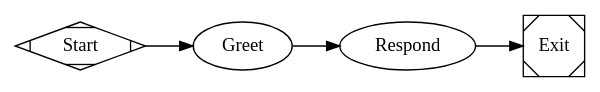
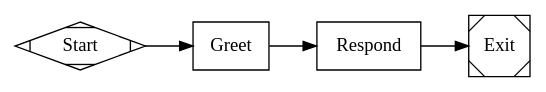
Before and after one commit to mhingston/factorial: the diagram in examples/simple.dot, drawn with Graphviz. The commit also changed 5 other files, not shown here.

```diff
--- a/examples/simple.dot
+++ b/examples/simple.dot
@@ -1,12 +1,14 @@
 digraph SimpleWorkflow {
     graph [goal="Run a simple greeting workflow"]
     rankdir=LR
+
+    node [shape=box, auto_status="true"]
 
     start [shape=Mdiamond, label="Start"]
     exit  [shape=Msquare, label="Exit"]
 
     greet [label="Greet", prompt="Generate a friendly greeting message"]
     respond [label="Respond", prompt="Respond to the greeting"]
 
     start -> greet -> respond -> exit
 }
```
